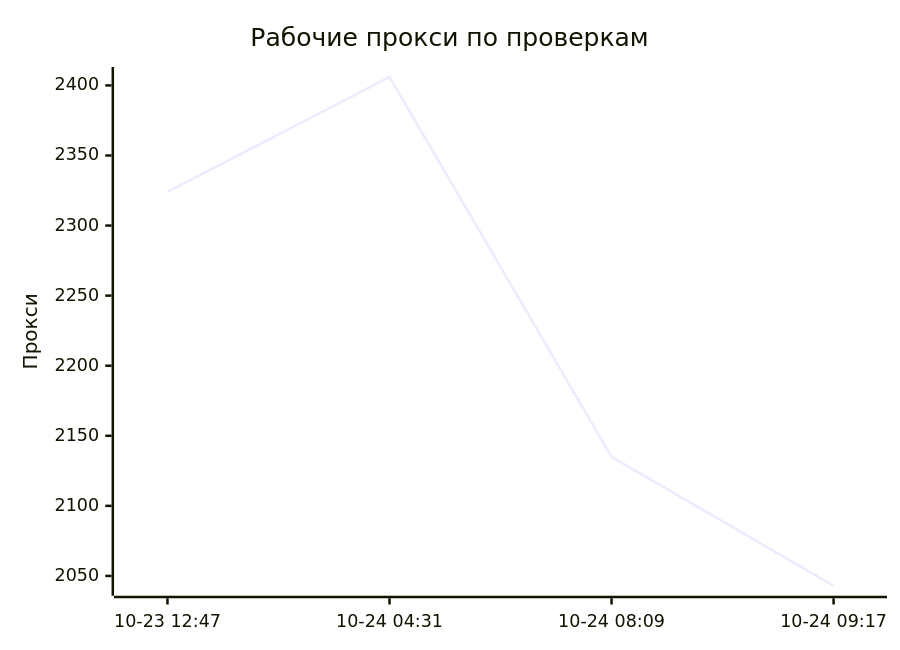
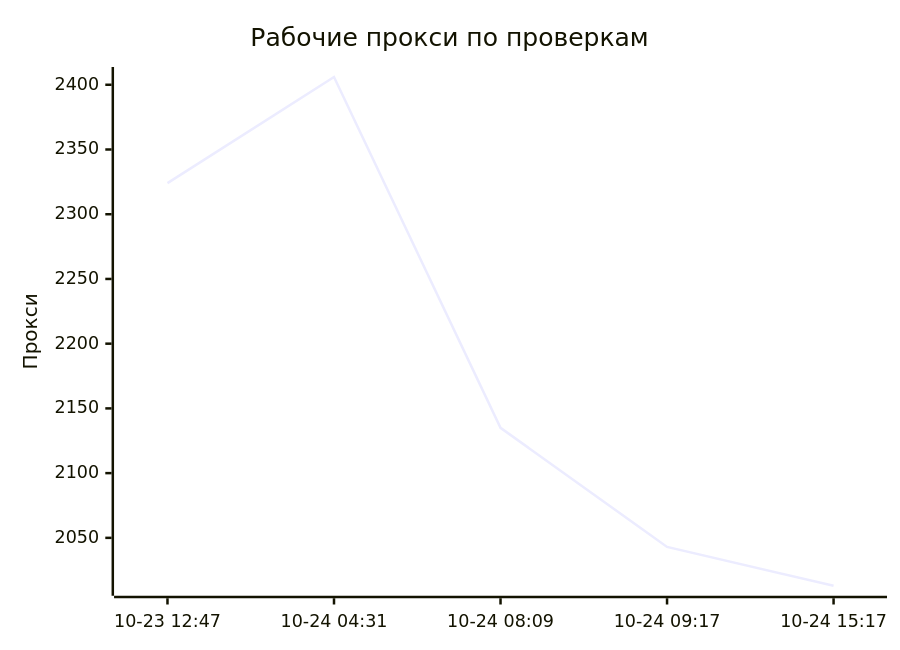
One commit to rvvg/proxy-subs changed the first of 4 diagrams in README.md. Above: the diagram before and after it, drawn with Mermaid. The commit also changed other lines of this file and 49 other files, not shown here.

````diff
--- a/README.md
+++ b/README.md
@@ -124,7 +124,7 @@
 ```mermaid
 xychart-beta
     title "Рабочие прокси по проверкам"
-    x-axis ["10-23 12:47", "10-24 04:31", "10-24 08:09", "10-24 09:17"]
+    x-axis ["10-23 12:47", "10-24 04:31", "10-24 08:09", "10-24 09:17", "10-24 15:17"]
     y-axis "Прокси"
-    line [2324, 2406, 2135, 2043]
+    line [2324, 2406, 2135, 2043, 2013]
 ```
````
